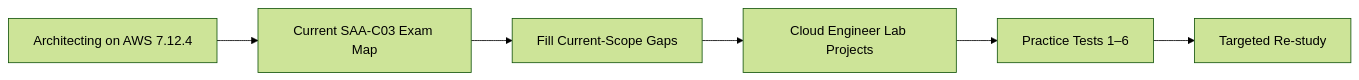
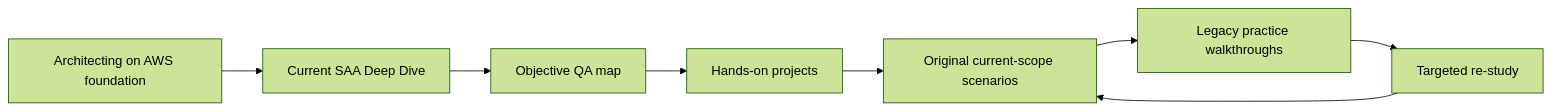
One commit to somkid-s5/Personal-Knowledge-Base changed the diagram in AWS/Certifications/SAA-C03/STUDY-PATH.md. Above: the diagram before and after it, drawn with Mermaid (forest theme). The commit also changed other lines of this file, not shown here.

Commit message:
docs(saa): update study path for verified current objective scope

````diff
--- a/AWS/Certifications/SAA-C03/STUDY-PATH.md
+++ b/AWS/Certifications/SAA-C03/STUDY-PATH.md
@@ -10,8 +11,10 @@
 ```mermaid
 flowchart LR
-    A[Architecting on AWS 7.12.4] --> B[Current SAA-C03 Exam Map]
-    B --> C[Fill Current-Scope Gaps]
-    C --> D[Cloud Engineer Lab Projects]
-    D --> E[Practice Tests 1–6]
-    E --> F[Targeted Re-study]
+    A[Architecting on AWS foundation] --> B[Current SAA Deep Dive]
+    B --> C[Objective QA map]
+    C --> D[Hands-on projects]
+    D --> E[Original current-scope scenarios]
+    E --> F[Legacy practice walkthroughs]
+    F --> G[Targeted re-study]
+    G --> E
 ```
````
